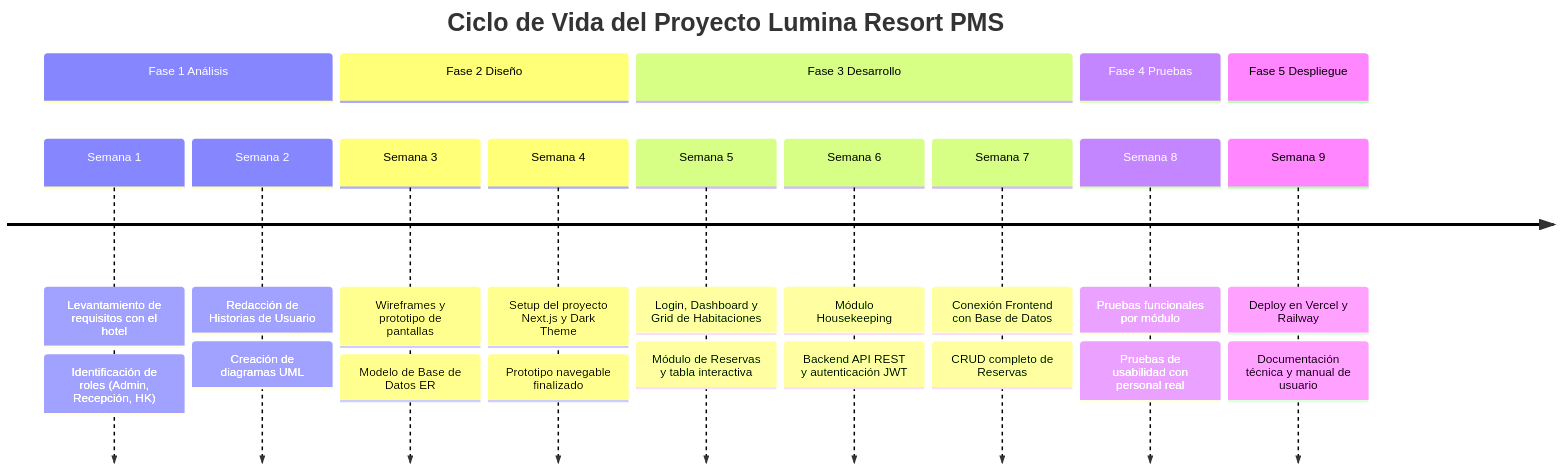
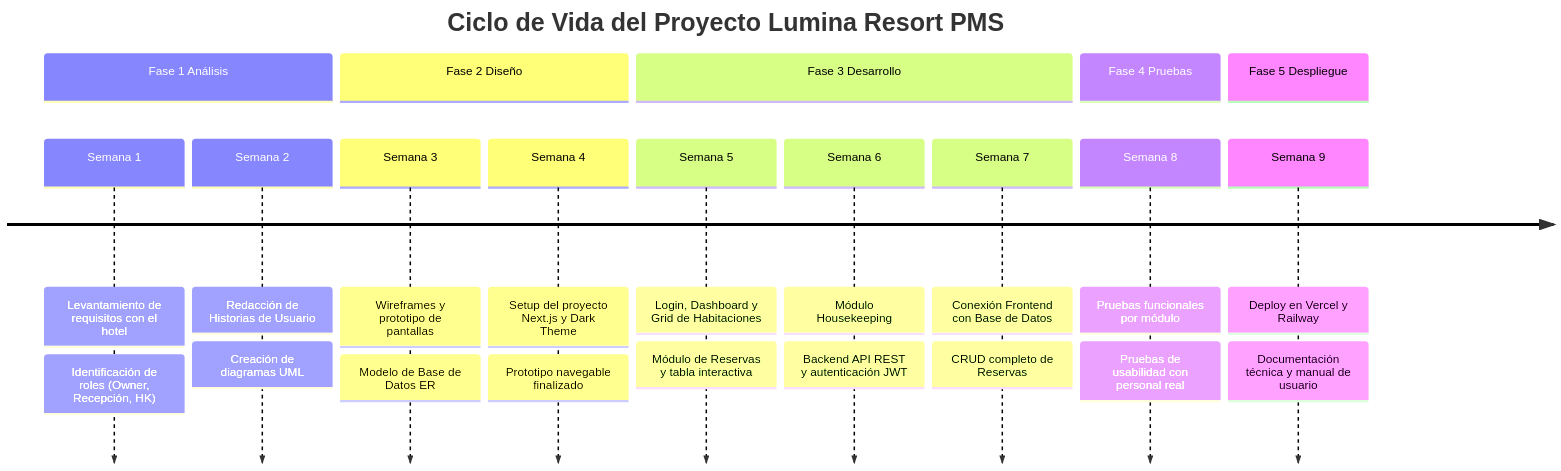
One commit to esteban-abanto-2709/UTP-CursoIntegrador-HotelManagement changed the fifth of 5 diagrams in docs/DIAGRAMAS_1.md. Above: the diagram before and after it, drawn with Mermaid. The commit also changed other lines of this file and 11 other files, not shown here.

Commit message:
refactor(roles): update user roles from ADMIN to OWNER in documentation, API requests, and frontend components for consistency across the application

````diff
--- a/docs/DIAGRAMAS_1.md
+++ b/docs/DIAGRAMAS_1.md
@@ -224,27 +224,27 @@
 ```mermaid
 timeline
     title Ciclo de Vida del Proyecto Lumina Resort PMS
     section Fase 1 Análisis
         Semana 1 : Levantamiento de requisitos con el hotel
-                 : Identificación de roles (Admin, Recepción, HK)
+                 : Identificación de roles (Owner, Recepción, HK)
         Semana 2 : Redacción de Historias de Usuario
                  : Creación de diagramas UML
     section Fase 2 Diseño
         Semana 3 : Wireframes y prototipo de pantallas
                  : Modelo de Base de Datos ER
         Semana 4 : Setup del proyecto Next.js y Dark Theme
                  : Prototipo navegable finalizado
     section Fase 3 Desarrollo
         Semana 5 : Login, Dashboard y Grid de Habitaciones
                  : Módulo de Reservas y tabla interactiva
         Semana 6 : Módulo Housekeeping
                  : Backend API REST y autenticación JWT
         Semana 7 : Conexión Frontend con Base de Datos
                  : CRUD completo de Reservas
     section Fase 4 Pruebas
         Semana 8 : Pruebas funcionales por módulo
                  : Pruebas de usabilidad con personal real
     section Fase 5 Despliegue
         Semana 9 : Deploy en Vercel y Railway
                  : Documentación técnica y manual de usuario
 ```
````
